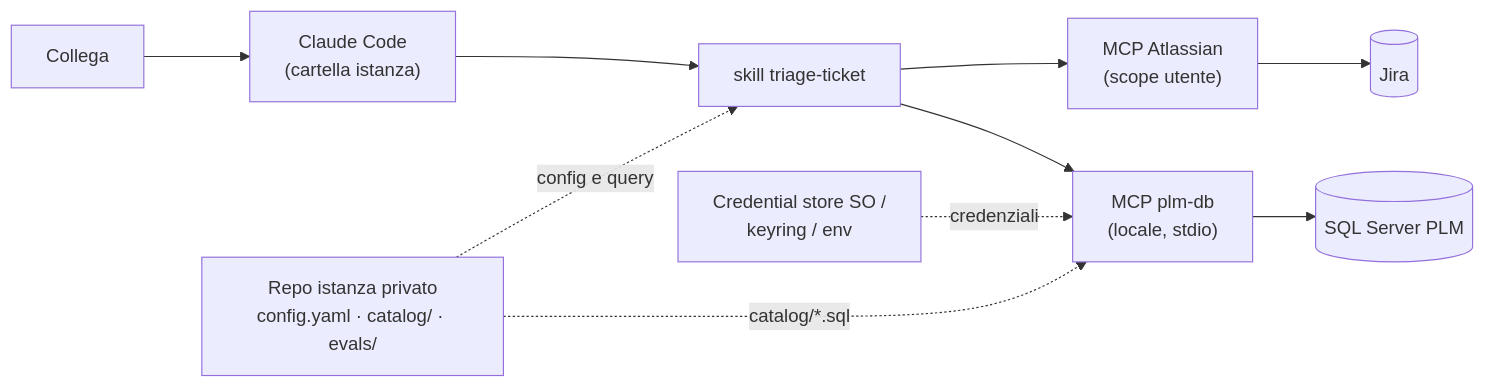
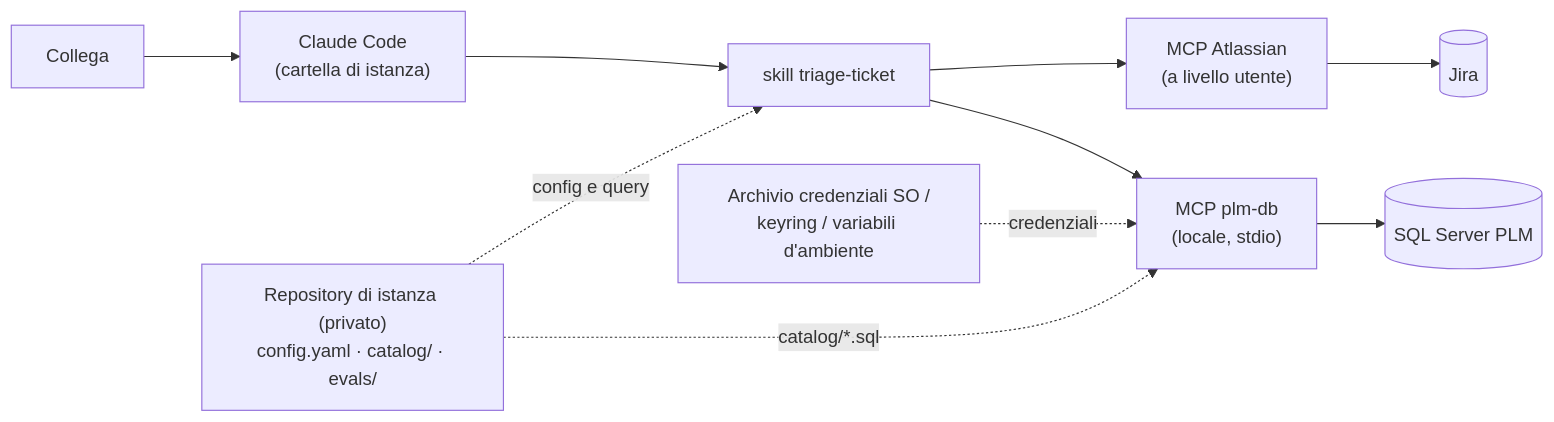
Before and after one commit to matteobadini/plm-triage: the diagram in docs/architecture.md, drawn with Mermaid. The commit also changed other lines of this file and 21 other files, not shown here.

````diff
--- a/docs/architecture.md
+++ b/docs/architecture.md
@@ -5,12 +5,12 @@
 ```mermaid
 flowchart LR
-  C[Collega] --> CC["Claude Code<br/>(cartella istanza)"]
+  C[Collega] --> CC["Claude Code<br/>(cartella di istanza)"]
   CC --> S[skill triage-ticket]
-  S --> MA["MCP Atlassian<br/>(scope utente)"]
+  S --> MA["MCP Atlassian<br/>(a livello utente)"]
   MA --> J[(Jira)]
   S --> MP["MCP plm-db<br/>(locale, stdio)"]
   MP --> DB[(SQL Server PLM)]
-  CS["Credential store SO /<br/>keyring / env"] -.->|"credenziali"| MP
-  I["Repo istanza privato<br/>config.yaml · catalog/ · evals/"] -.->|"config e query"| S
+  CS["Archivio credenziali SO /<br/>keyring / variabili d'ambiente"] -.->|"credenziali"| MP
+  I["Repository di istanza (privato)<br/>config.yaml · catalog/ · evals/"] -.->|"config e query"| S
   I -.->|"catalog/*.sql"| MP
 ```
````
